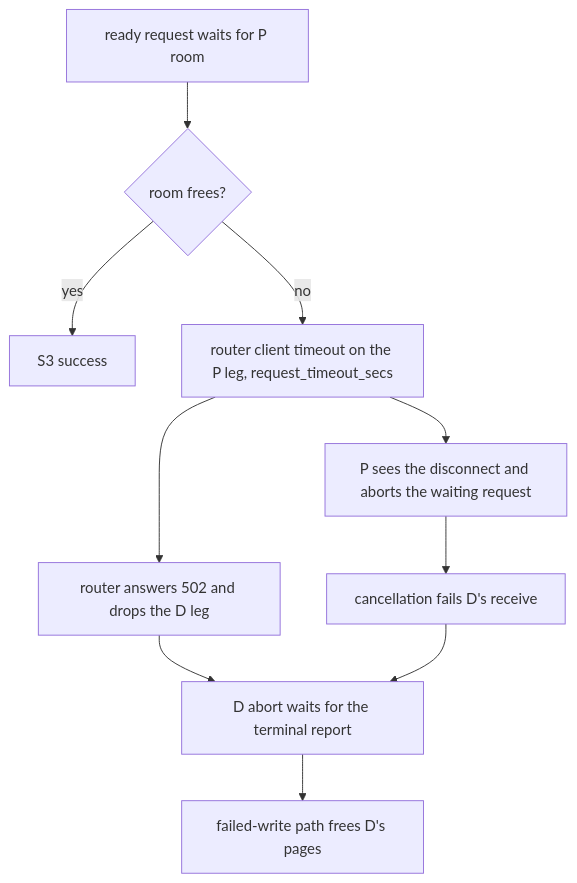
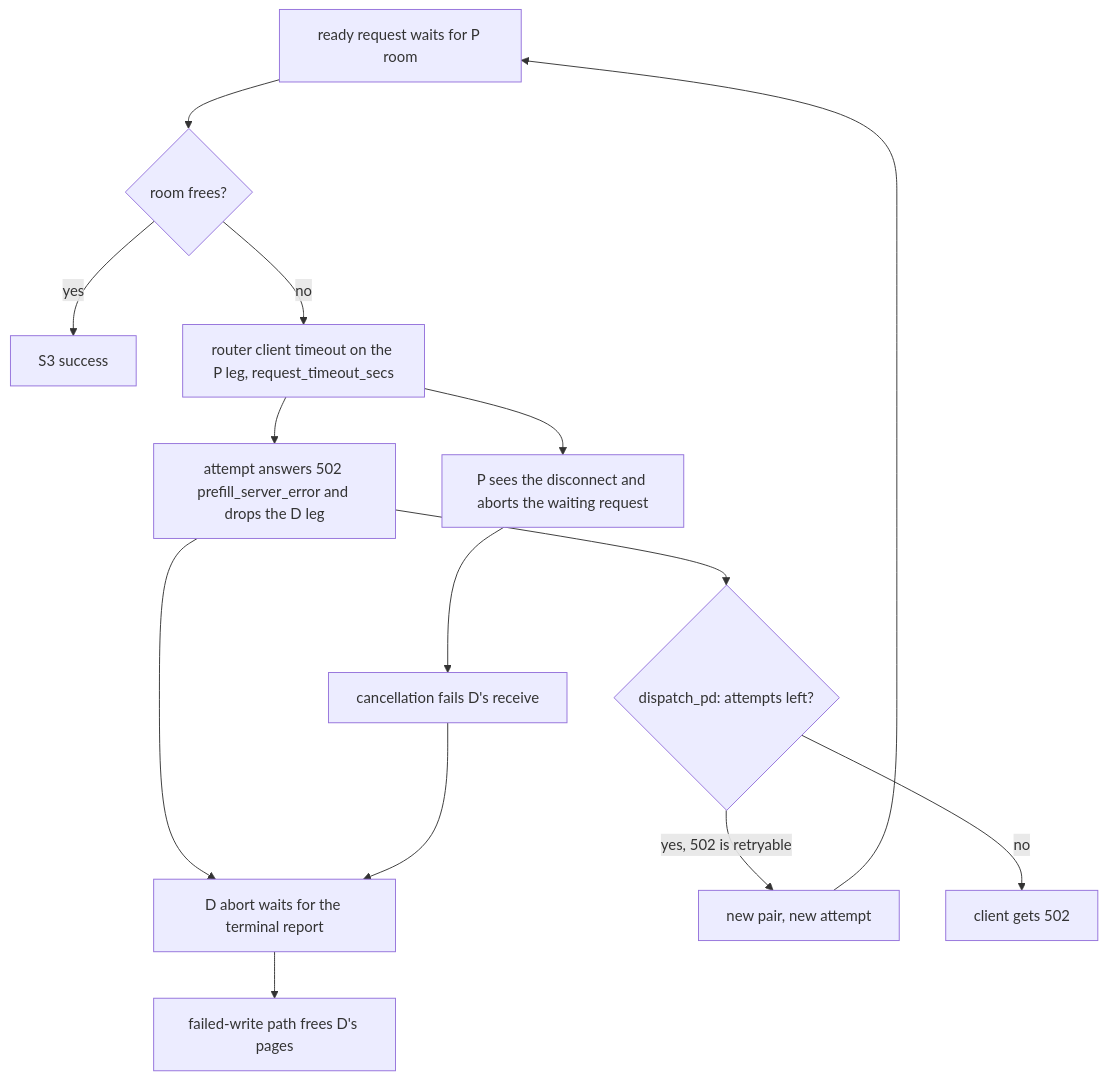
Before and after one commit to MengqingCao/ATOM: the fourth of 6 diagrams in docs/pd_admission_timeout.md, drawn with Mermaid. The commit also changed other lines of this file, not shown here.

Commit message:
docs: pd admission timeout answers 424, not retried; restate the ready-request bound with retries

````diff
--- a/docs/pd_admission_timeout.md
+++ b/docs/pd_admission_timeout.md
@@ -119,12 +121,15 @@
 ```mermaid
 flowchart TD
     A[ready request waits for P room] --> B{room frees?}
     B -- yes --> C[S3 success]
     B -- no --> D[router client timeout on the P leg, request_timeout_secs]
-    D --> E[router answers 502 and drops the D leg]
+    D --> E[attempt answers 502 prefill_server_error and drops the D leg]
     D --> F[P sees the disconnect and aborts the waiting request]
     F --> G[cancellation fails D's receive]
     E --> H[D abort waits for the terminal report]
     G --> H
     H --> I[failed-write path frees D's pages]
+    E --> J{dispatch_pd: attempts left?}
+    J -- yes, 502 is retryable --> K[new pair, new attempt] --> A
+    J -- no --> L[client gets 502]
 ```
````
